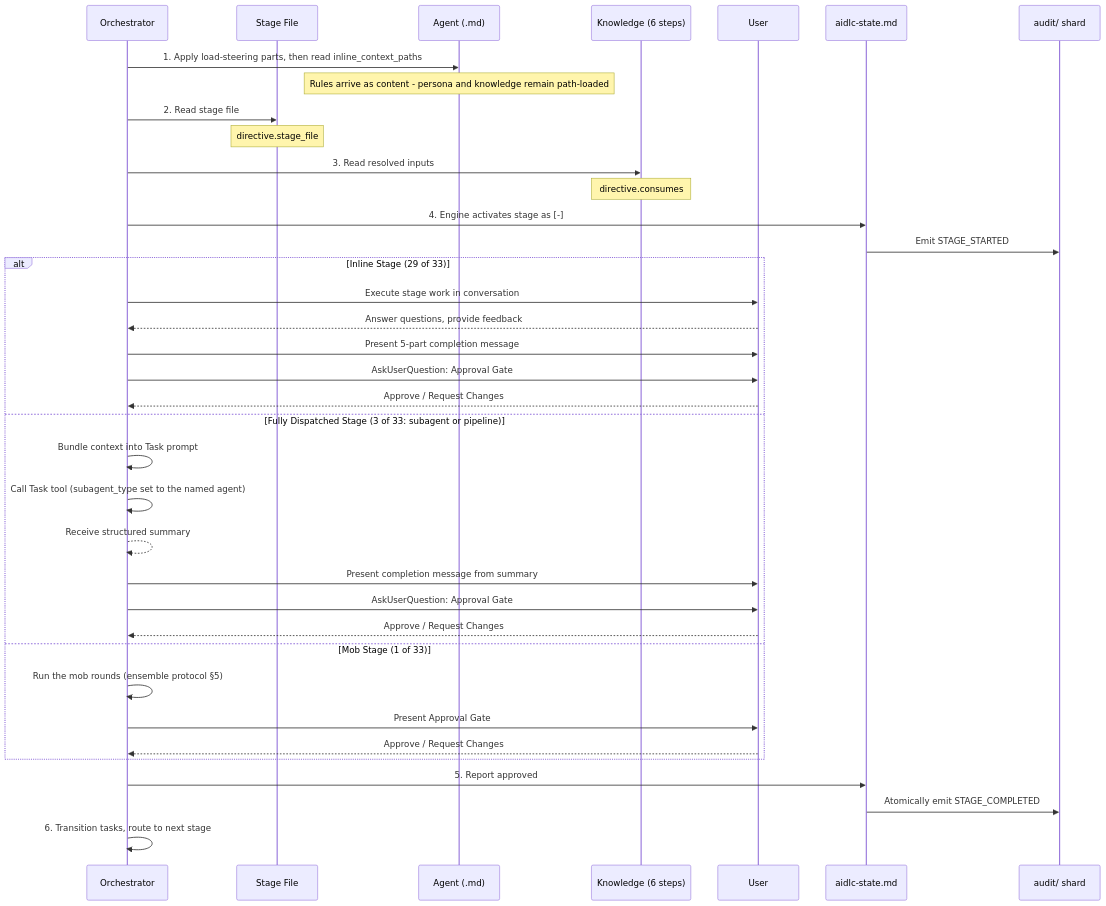
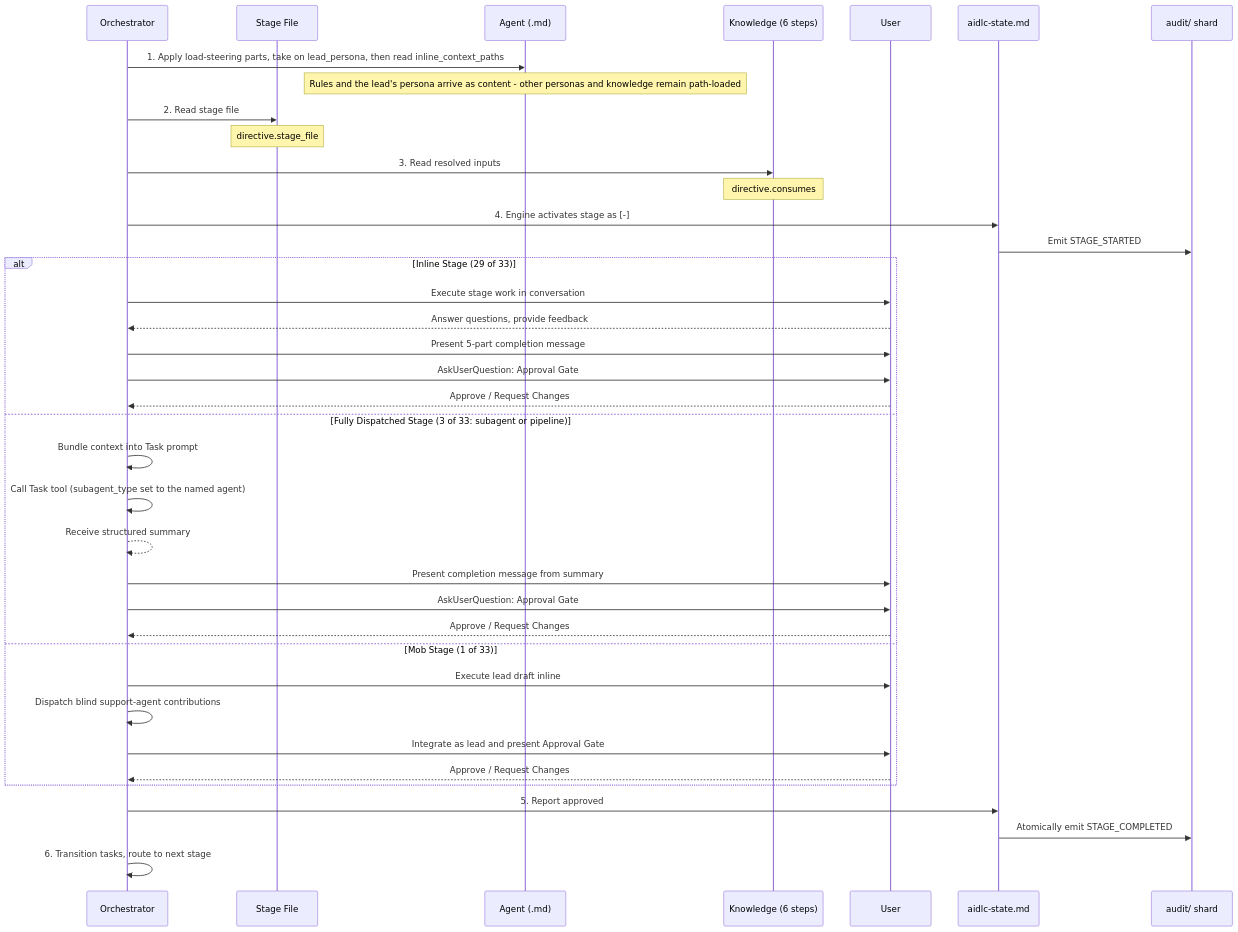
Before and after one commit to HailsTails/aidlc-workflows: the second of 4 diagrams in docs/reference/03-orchestrator.md, drawn with Mermaid. The commit also changed other lines of this file and 2024 other files, not shown here.

````diff
--- a/docs/reference/03-orchestrator.md
+++ b/docs/reference/03-orchestrator.md
@@ -356,45 +451,46 @@
 ```mermaid
 sequenceDiagram
     participant O as Orchestrator
     participant SF as Stage File
     participant A as Agent (.md)
     participant K as Knowledge (6 steps)
     participant U as User
     participant S as aidlc-state.md
     participant AU as audit/ shard
 
-    O->>A: 1. Apply load-steering parts, then read inline_context_paths
-    Note over A: Rules arrive as content - persona and knowledge remain path-loaded
+    O->>A: 1. Apply load-steering parts, take on lead_persona, then read inline_context_paths
+    Note over A: Rules and the lead's persona arrive as content - other personas and knowledge remain path-loaded
 
     O->>SF: 2. Read stage file
     Note over SF: directive.stage_file
 
     O->>K: 3. Read resolved inputs
     Note over K: directive.consumes
 
     O->>S: 4. Engine activates stage as [-]
     S->>AU: Emit STAGE_STARTED
 
     alt Inline Stage (29 of 33)
         O->>U: Execute stage work in conversation
         U-->>O: Answer questions, provide feedback
         O->>U: Present 5-part completion message
         O->>U: AskUserQuestion: Approval Gate
         U-->>O: Approve / Request Changes
     else Fully Dispatched Stage (3 of 33: subagent or pipeline)
         O->>O: Bundle context into Task prompt
         O->>O: Call Task tool (subagent_type set to the named agent)
         O-->>O: Receive structured summary
         O->>U: Present completion message from summary
         O->>U: AskUserQuestion: Approval Gate
         U-->>O: Approve / Request Changes
     else Mob Stage (1 of 33)
-        O->>O: Run the mob rounds (ensemble protocol §5)
-        O->>U: Present Approval Gate
+        O->>U: Execute lead draft inline
+        O->>O: Dispatch blind support-agent contributions
+        O->>U: Integrate as lead and present Approval Gate
         U-->>O: Approve / Request Changes
     end
 
     O->>S: 5. Report approved
     S->>AU: Atomically emit STAGE_COMPLETED
     O->>O: 6. Transition tasks, route to next stage
 ```
````
